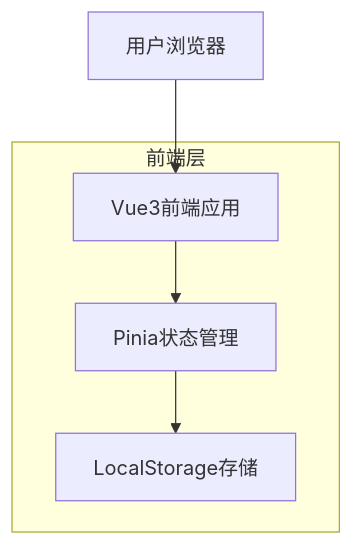
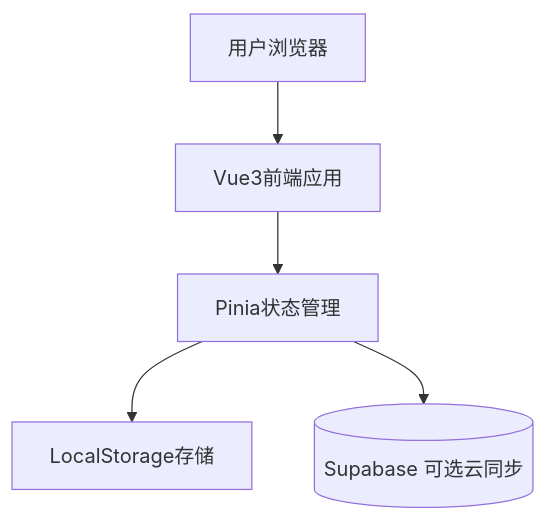
The diagram in .trae/documents/tech-arch-phase1-frontend-localstorage.md (decadesen/xingtian), drawn with Mermaid before and after one commit. The commit also changed other lines of this file and 19 other files, not shown here.

````diff
--- a/.trae/documents/tech-arch-phase1-frontend-localstorage.md
+++ b/.trae/documents/tech-arch-phase1-frontend-localstorage.md
@@ -3,12 +3,7 @@
 ```mermaid
 graph TD
     A[用户浏览器] --> B[Vue3前端应用]
     B --> C[Pinia状态管理]
     C --> D[LocalStorage存储]
-    
-    subgraph "前端层"
-        B
-        C
-        D
-    end
+    C --> E[(Supabase 可选云同步)]
 ```
````
